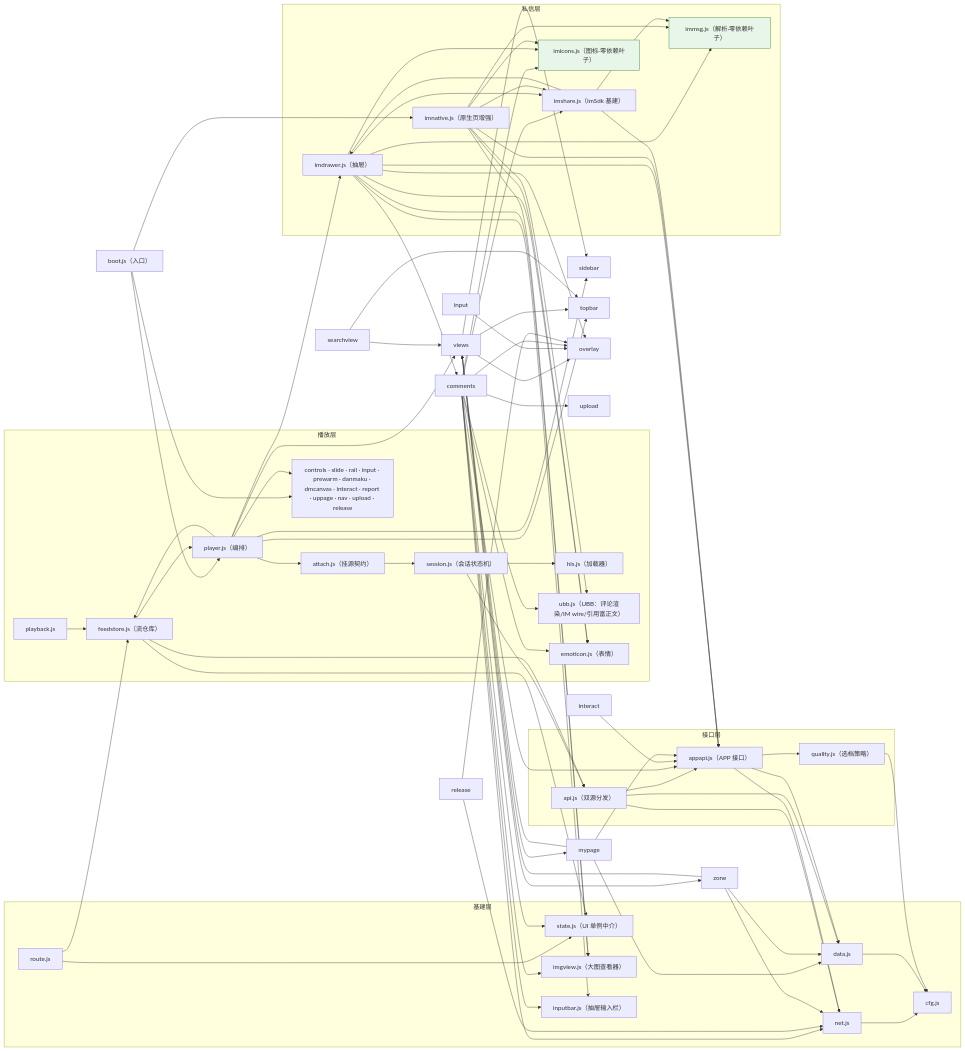
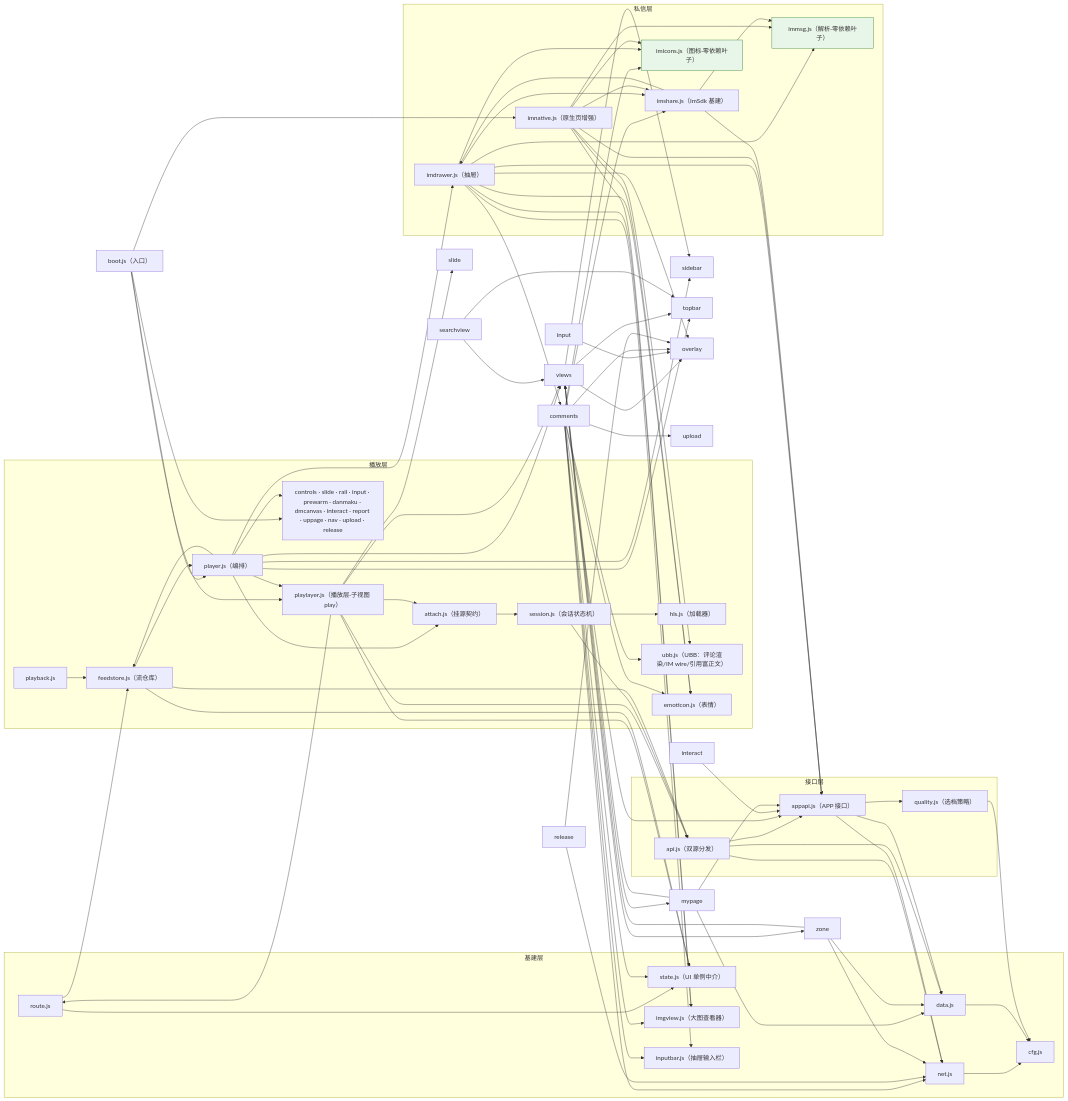
One commit to name-xxl/acfun-svfeed changed the diagram in README.md. Above: the diagram before and after it, drawn with Mermaid. The commit also changed other lines of this file and 21 other files, not shown here.

First line of the commit message:
0.9.74 P3+P4：播放层子视图（列表条目就地播放）+ 顶栏向左返回/✕ 单一意义 + 键盘重定向

````diff
--- a/README.md
+++ b/README.md
@@ -1584,69 +1648,71 @@
 ```mermaid
 flowchart LR
   subgraph base["基建层"]
     cfg["cfg.js"]
     net["net.js"]
     data["data.js"]
     state["state.js（UI 单例中介）"]
     route["route.js"]
     imgview["imgview.js（大图查看器）"]
     inputbar["inputbar.js（抽屉输入栏）"]
   end
 
   subgraph apilayer["接口层"]
     api["api.js（双源分发）"]
     appapi["appapi.js（APP 接口）"]
     quality["quality.js（选档策略）"]
   end
 
   subgraph play["播放层"]
     hls["hls.js（加载器）"]
     session["session.js（会话状态机）"]
     attach["attach.js（挂源契约）"]
     player["player.js（编排）"]
     feedstore["feedstore.js（流仓库）"]
     pb["playback.js"]
     ubb["ubb.js（UBB：评论渲染/IM wire/引用富正文）"]
     emoticon["emoticon.js（表情）"]
+    playlayer["playlayer.js（播放层·子视图 play）"]
     others["controls · slide · rail · input · prewarm · danmaku · dmcanvas · interact · report · uppage · nav · upload · release"]
   end
 
   subgraph im["私信层"]
     imshare["imshare.js（ImSdk 基建）"]
     imdrawer["imdrawer.js（抽屉）"]
     imnative["imnative.js（原生页增强）"]
     immsg["immsg.js（解析·零依赖叶子）"]
     imicons["imicons.js（图标·零依赖叶子）"]
   end
 
   boot["boot.js（入口）"]
 
   net --> cfg
   data --> cfg
   route --> state & feedstore
   quality --> cfg
 
   api --> net & data & appapi
   appapi --> net & data & quality
 
-  boot --> player & others & imnative
-  player --> attach & others & feedstore & imdrawer & views & sidebar & topbar
+  boot --> player & others & playlayer & imnative
+  player --> attach & others & feedstore & imdrawer & views & sidebar & topbar & playlayer
   views --> sidebar & overlay & topbar & mypage & zone
+  playlayer --> views & slide & attach & api & state & route
   searchview --> views & topbar
   input --> overlay
   comments --> ubb & emoticon & inputbar & imgview & appapi & net & upload & state & imicons & imshare & overlay
   attach --> session
   session --> api & hls
   pb --> feedstore
   feedstore --> api & state & player
   interact --> appapi
   release --> net & overlay
   imdrawer --> imshare & immsg & imicons & appapi & emoticon & inputbar & imgview & comments & overlay
   imnative --> immsg & imicons & appapi & imshare & emoticon & ubb & imgview
   imshare --> appapi & imdrawer & immsg
   mypage --> appapi & data & views
   zone --> net & data & views
 
   classDef leaf fill:#e8f5e9,stroke:#2e7d32;
   class immsg,imicons leaf;
 ```
````
